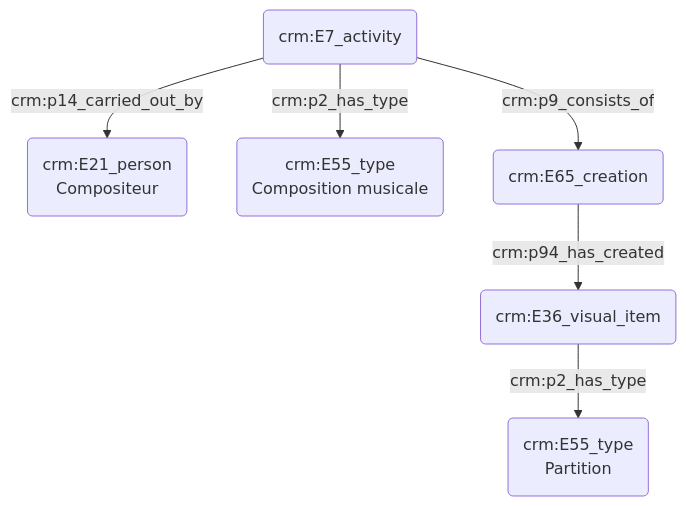
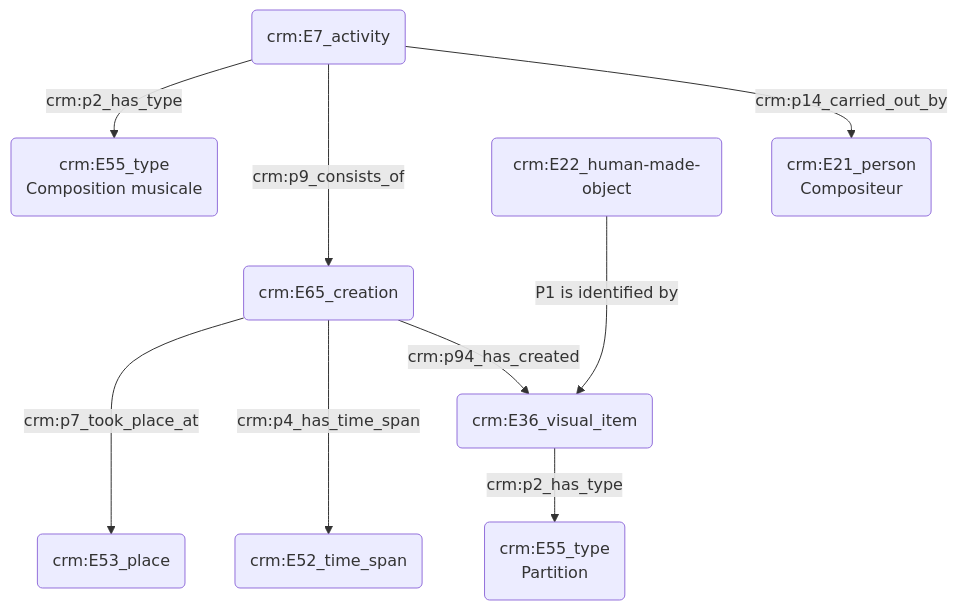
One commit to Amleth/consortium-musica2-gt2-ontologies changed the second of 2 diagrams in modules/indexation_conceptuelle/index.md. Above: the diagram before and after it, drawn with Mermaid. The commit also changed other lines of this file, not shown here.

````diff
--- a/modules/indexation_conceptuelle/index.md
+++ b/modules/indexation_conceptuelle/index.md
@@ -33,10 +33,15 @@
 ```mermaid
 graph TD;
+E(crm:E7_activity) --> |crm:p14_carried_out_by| C(crm:E21_person<br>Compositeur)
+A(crm:E36_visual_item) --> |crm:p2_has_type| B(crm:E55_type<br>Partition)
+E(crm:E7_activity) --->|crm:p9_consists_of| D(crm:E65_creation)
+E(crm:E7_activity) --> |crm:p2_has_type| F(crm:E55_type<br>Composition musicale)
 
-A(crm:E36_visual_item) --> |crm:p2_has_type| B(crm:E55_type<br>Partition)
-E(crm:E7_activity) --> |crm:p14_carried_out_by| C(crm:E21_person<br>Compositeur)
-E(crm:E7_activity) --> |crm:p2_has_type| F(crm:E55_type<br>Composition musicale)
 D(crm:E65_creation) --> |crm:p94_has_created| A(crm:E36_visual_item)
-E(crm:E7_activity) -->|crm:p9_consists_of| D(crm:E65_creation)
+D(crm:E65_creation) ---> |crm:p4_has_time_span| H(crm:E52_time_span)
+D(crm:E65_creation) ---> |crm:p7_took_place_at| I(crm:E53_place)
+
+
+G(crm:E22_human-made-object)  ---> |P1 is identified by| A(crm:E36_visual_item)
 
 ```
````
